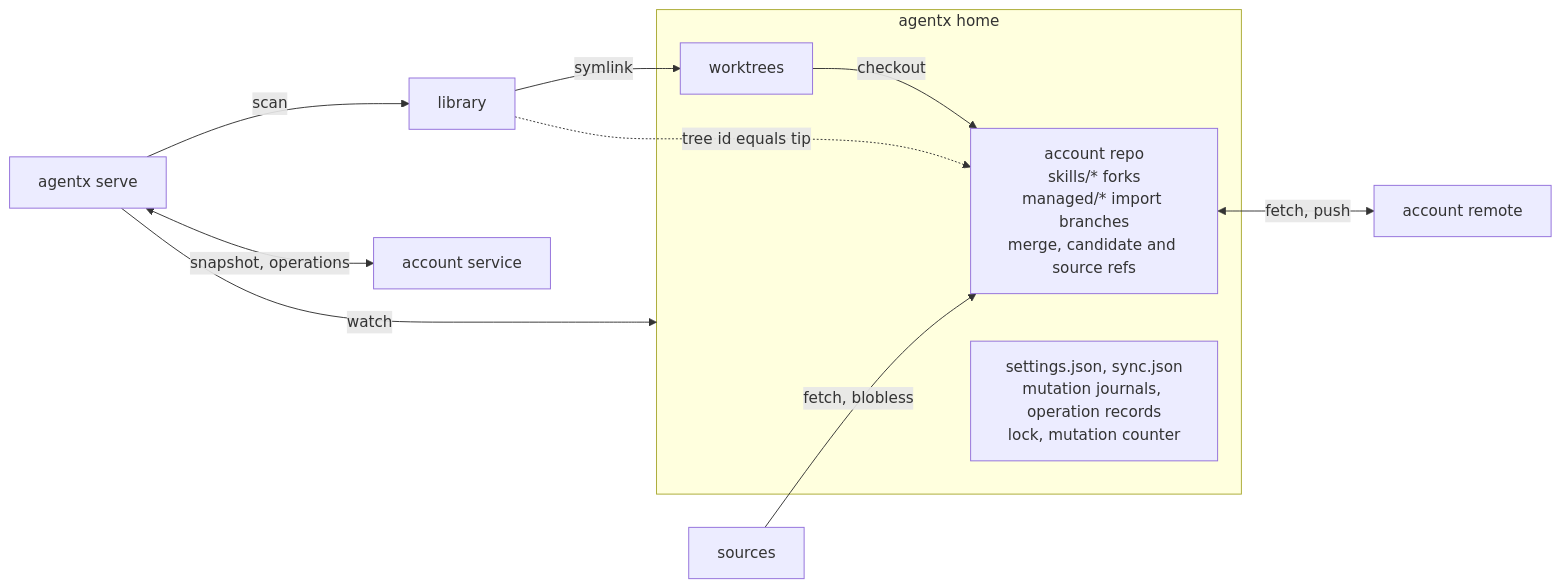
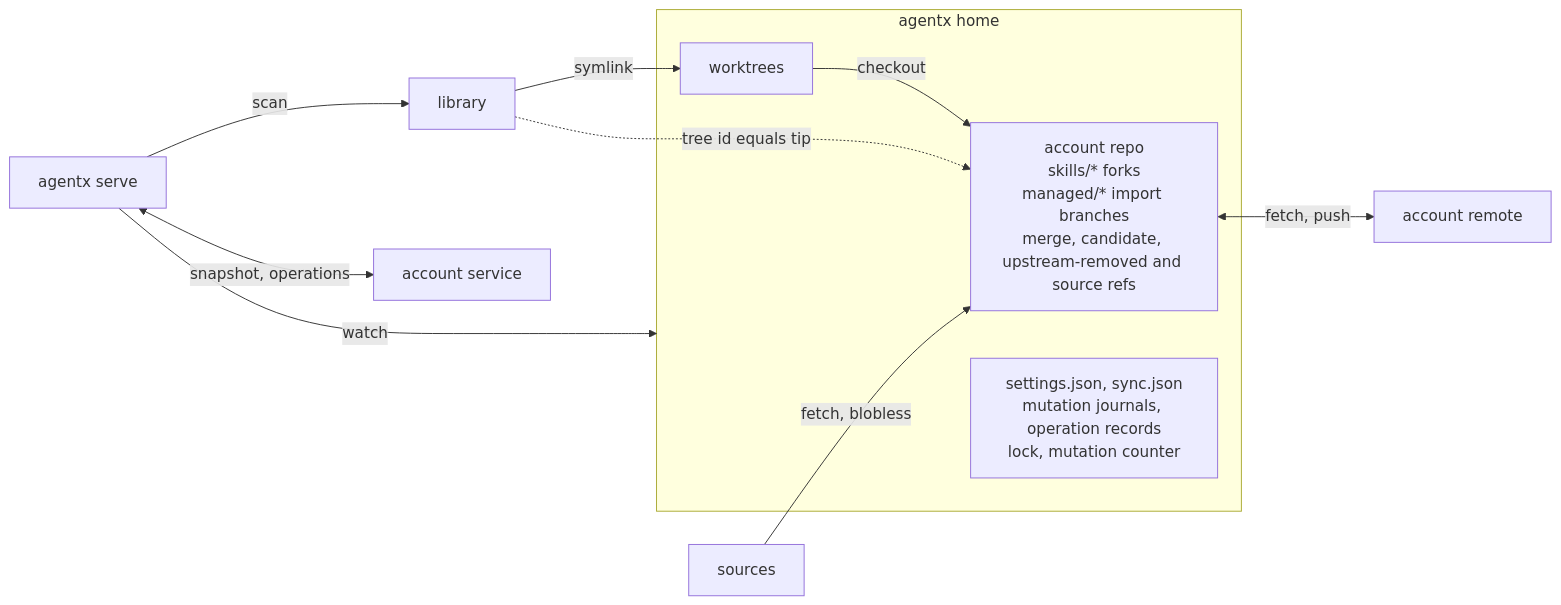
Before and after one commit to grundmanise/agentx: the diagram in docs/adr/0004-no-local-database-git-holds-lineage-files-hold-machine-state.md, drawn with Mermaid. The commit also changed other lines of this file and 34 other files, not shown here.

First line of the commit message:
feat(skill): check managed skills for upstream updates (#56)

````diff
--- a/docs/adr/0004-no-local-database-git-holds-lineage-files-hold-machine-state.md
+++ b/docs/adr/0004-no-local-database-git-holds-lineage-files-hold-machine-state.md
@@ -24,16 +24,16 @@
 ```mermaid
 flowchart LR
   subgraph home["agentx home"]
-    repo["account repo<br/>skills/* forks<br/>managed/* import branches<br/>merge, candidate and source refs"]
+    repo["account repo<br/>skills/* forks<br/>managed/* import branches<br/>merge, candidate, upstream-removed and source refs"]
     wt["worktrees"]
     files["settings.json, sync.json<br/>mutation journals, operation records<br/>lock, mutation counter"]
   end
   lib["library"] -- symlink --> wt
   wt -- checkout --> repo
   lib -. tree id equals tip .-> repo
   sources["sources"] -- fetch, blobless --> repo
   repo <-- fetch, push --> remote["account remote"]
   serve["agentx serve"] -- scan --> lib
   serve -- watch --> home
   serve <-- snapshot, operations --> svc["account service"]
 ```
````
